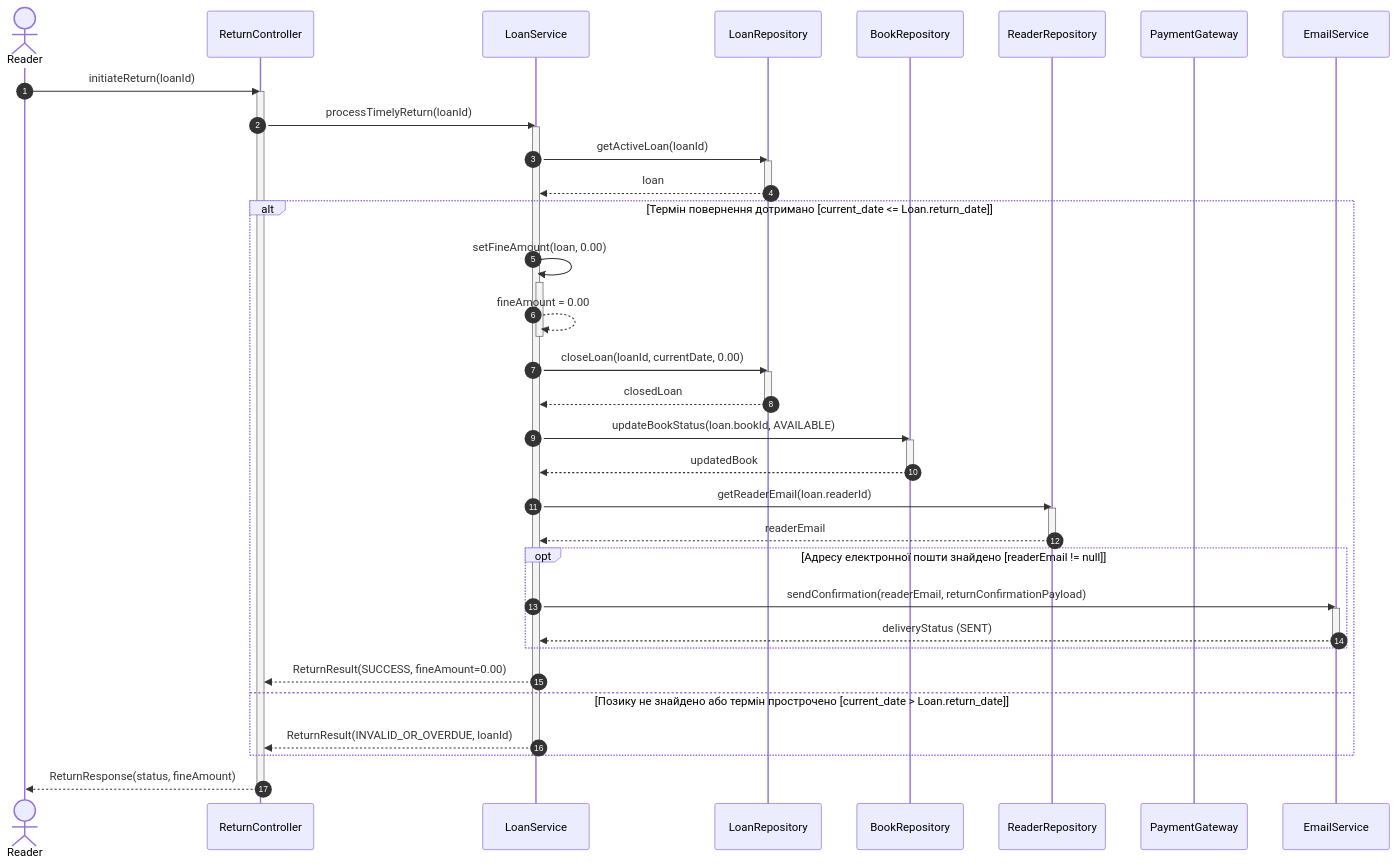
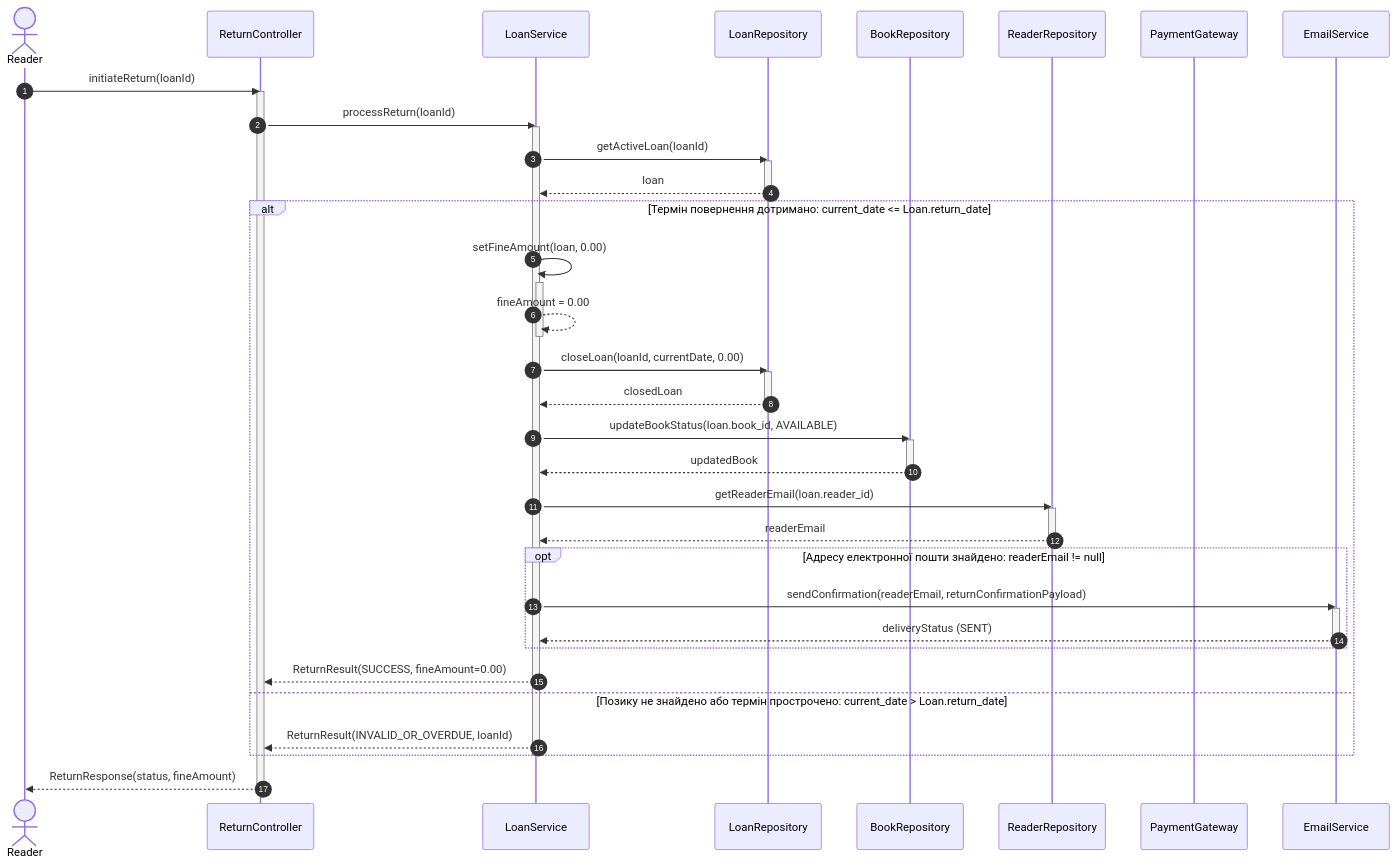
The first of 3 diagrams in Lab3/diagrams.md (Fitil4ik/Library-system), drawn with Mermaid before and after one commit. The commit also changed other lines of this file and 1 other file, not shown here.

Commit message:
update diagram according to prompt-2

````diff
--- a/Lab3/diagrams.md
+++ b/Lab3/diagrams.md
@@ -21,60 +20,60 @@
 ```mermaid
 sequenceDiagram
     autonumber
     actor Reader
     participant ReturnController
     participant LoanService
     participant LoanRepository
     participant BookRepository
     participant ReaderRepository
     participant PaymentGateway
     participant EmailService
 
     Reader->>ReturnController: initiateReturn(loanId)
     activate ReturnController
 
-    ReturnController->>LoanService: processTimelyReturn(loanId)
+    ReturnController->>LoanService: processReturn(loanId)
     activate LoanService
 
     LoanService->>LoanRepository: getActiveLoan(loanId)
     activate LoanRepository
     LoanRepository-->>LoanService: loan
     deactivate LoanRepository
 
-    alt Термін повернення дотримано [current_date <= Loan.return_date]
+    alt Термін повернення дотримано: current_date <= Loan.return_date
         LoanService->>LoanService: setFineAmount(loan, 0.00)
         activate LoanService
         LoanService-->>LoanService: fineAmount = 0.00
         deactivate LoanService
 
         LoanService->>LoanRepository: closeLoan(loanId, currentDate, 0.00)
         activate LoanRepository
         LoanRepository-->>LoanService: closedLoan
         deactivate LoanRepository
 
-        LoanService->>BookRepository: updateBookStatus(loan.bookId, AVAILABLE)
+        LoanService->>BookRepository: updateBookStatus(loan.book_id, AVAILABLE)
         activate BookRepository
         BookRepository-->>LoanService: updatedBook
         deactivate BookRepository
 
-        LoanService->>ReaderRepository: getReaderEmail(loan.readerId)
+        LoanService->>ReaderRepository: getReaderEmail(loan.reader_id)
         activate ReaderRepository
         ReaderRepository-->>LoanService: readerEmail
         deactivate ReaderRepository
 
-        opt Адресу електронної пошти знайдено [readerEmail != null]
+        opt Адресу електронної пошти знайдено: readerEmail != null
             LoanService->>EmailService: sendConfirmation(readerEmail, returnConfirmationPayload)
             activate EmailService
             EmailService-->>LoanService: deliveryStatus (SENT)
             deactivate EmailService
         end
 
         LoanService-->>ReturnController: ReturnResult(SUCCESS, fineAmount=0.00)
-    else Позику не знайдено або термін прострочено [current_date > Loan.return_date]
+    else Позику не знайдено або термін прострочено: current_date > Loan.return_date
         LoanService-->>ReturnController: ReturnResult(INVALID_OR_OVERDUE, loanId)
     end
 
     deactivate LoanService
     ReturnController-->>Reader: ReturnResponse(status, fineAmount)
     deactivate ReturnController
 ```
````
